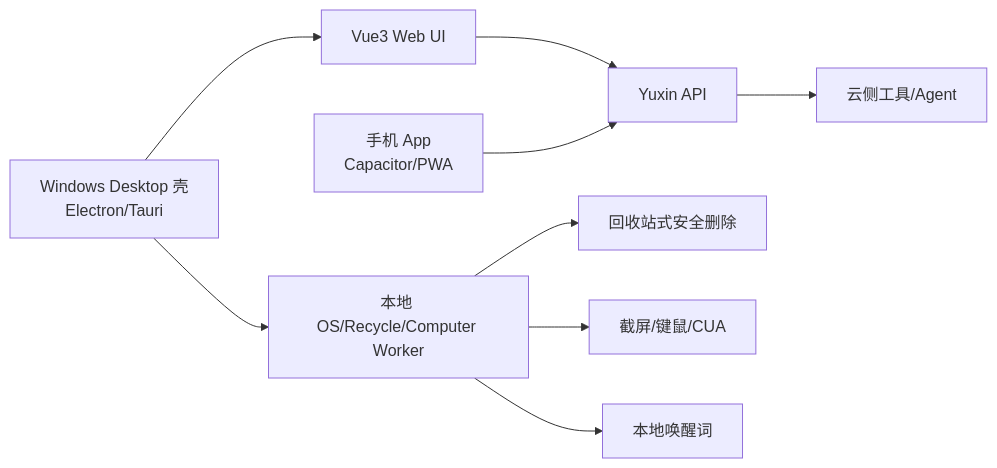
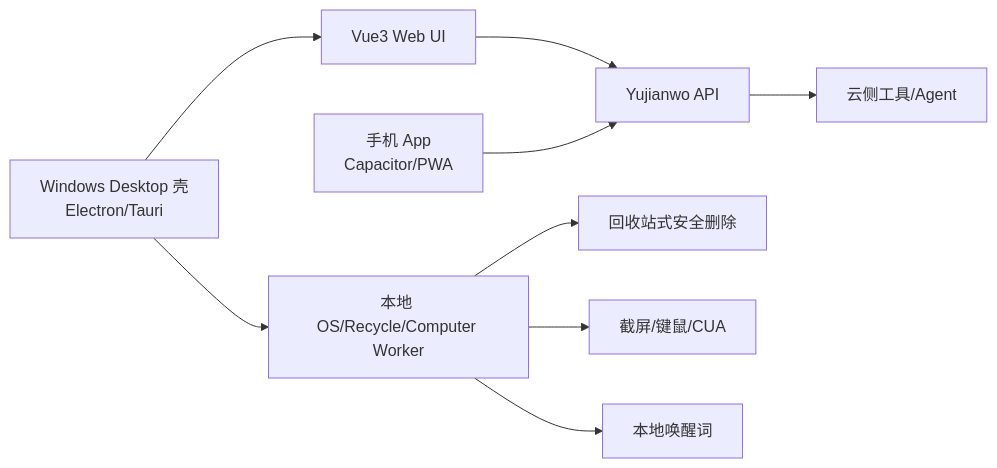
One commit to NILL-HUB/yuxin-ai changed the first of 2 diagrams in docs/research/multi-client-and-device-capabilities-plan.md. Above: the diagram before and after it, drawn with Mermaid. The commit also changed other lines of this file and 41 other files, not shown here.

````diff
--- a/docs/research/multi-client-and-device-capabilities-plan.md
+++ b/docs/research/multi-client-and-device-capabilities-plan.md
@@ -8,11 +8,11 @@
 ```mermaid
 flowchart LR
-  UI[Vue3 Web UI] --> API[Yuxin API]
+  UI[Vue3 Web UI] --> API[Yujianwo API]
   Desktop[Windows Desktop 壳<br/>Electron/Tauri] --> UI
   Desktop --> LocalWorker[本地 OS/Recycle/Computer Worker]
   Mobile[手机 App<br/>Capacitor/PWA] --> API
   API --> CloudWorkers[云侧工具/Agent]
   LocalWorker --> SafeDelete[回收站式安全删除]
   LocalWorker --> ComputerControl[截屏/键鼠/CUA]
   LocalWorker --> WakeWord[本地唤醒词]
 ```
````
